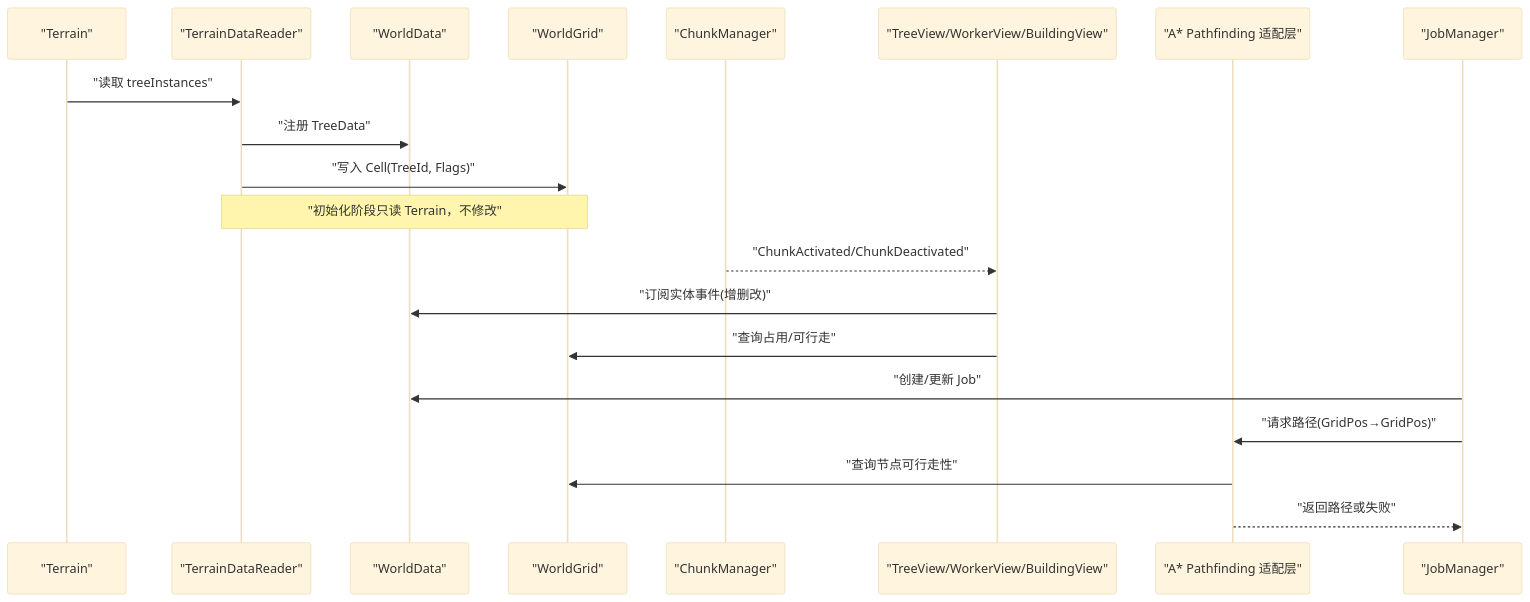
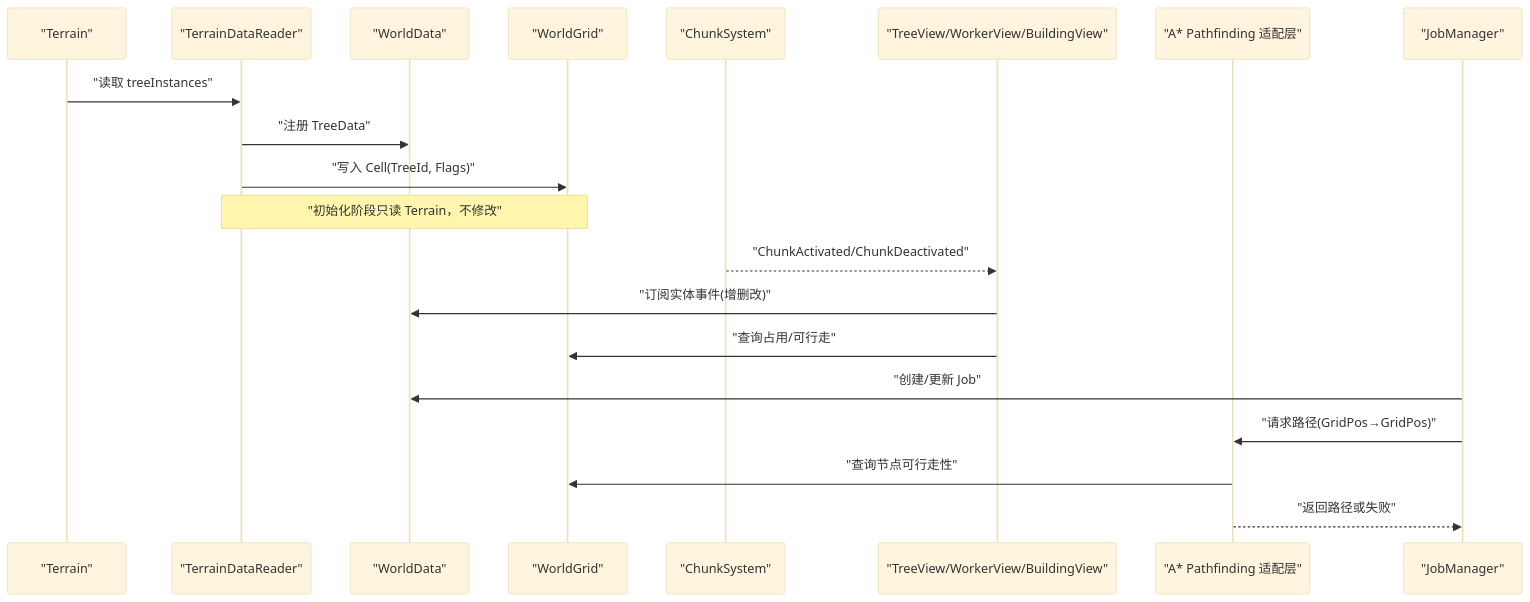
One commit to MOYVSH/SimulationClient changed the second of 10 diagrams in .qoder/repowiki/zh/content/核心系统/世界网格系统.md. Above: the diagram before and after it, drawn with Mermaid (base theme). The commit also changed other lines of this file and 3095 other files, not shown here.

````diff
--- a/.qoder/repowiki/zh/content/核心系统/世界网格系统.md
+++ b/.qoder/repowiki/zh/content/核心系统/世界网格系统.md
@@ -111,22 +132,22 @@
 ```mermaid
 sequenceDiagram
 participant T as "Terrain"
 participant R as "TerrainDataReader"
 participant D as "WorldData"
 participant G as "WorldGrid"
-participant C as "ChunkManager"
+participant C as "ChunkSystem"
 participant V as "TreeView/WorkerView/BuildingView"
 participant A as "A* Pathfinding 适配层"
 participant J as "JobManager"
 T->>R : "读取 treeInstances"
 R->>D : "注册 TreeData"
 R->>G : "写入 Cell(TreeId, Flags)"
 Note over R,G : "初始化阶段只读 Terrain，不修改"
 C-->>V : "ChunkActivated/ChunkDeactivated"
 V->>D : "订阅实体事件(增删改)"
 V->>G : "查询占用/可行走"
 J->>D : "创建/更新 Job"
 J->>A : "请求路径(GridPos→GridPos)"
 A->>G : "查询节点可行走性"
 A-->>J : "返回路径或失败"
 ```
````
